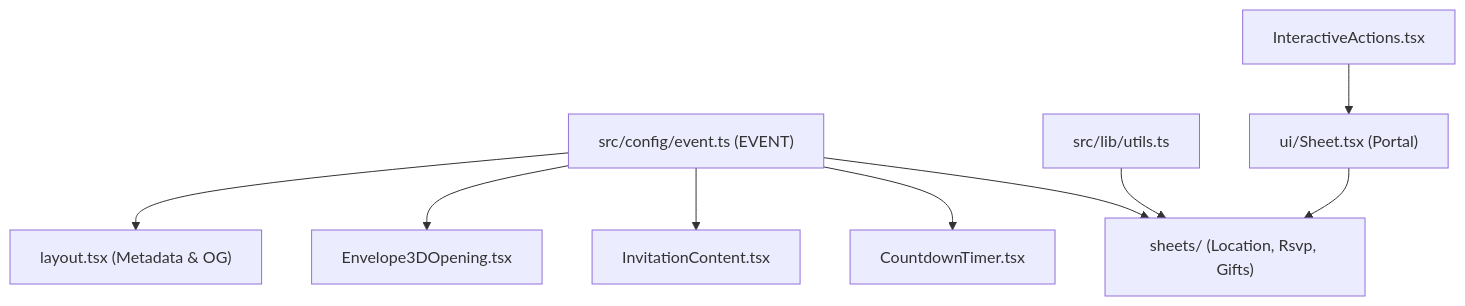
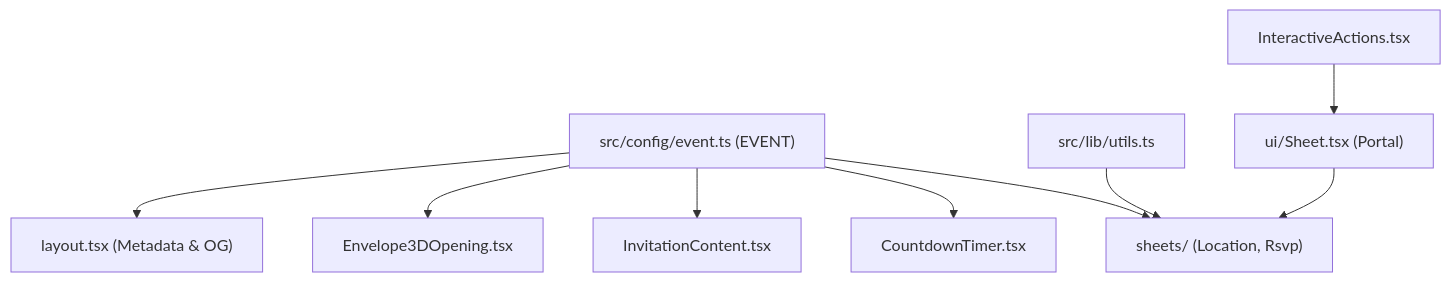
One commit to gomeslxy/carol-convite changed the diagram in Docs/01-arquitetura-e-estrutura.md. Above: the diagram before and after it, drawn with Mermaid. The commit also changed other lines of this file and 21 other files, not shown here.

````diff
--- a/Docs/01-arquitetura-e-estrutura.md
+++ b/Docs/01-arquitetura-e-estrutura.md
@@ -97,11 +98,11 @@
 ```mermaid
 flowchart TD
     CFG["src/config/event.ts (EVENT)"] --> LAYOUT["layout.tsx (Metadata & OG)"]
     CFG --> ENV["Envelope3DOpening.tsx"]
     CFG --> CONTENT["InvitationContent.tsx"]
     CFG --> COUNT["CountdownTimer.tsx"]
-    CFG --> SHEETS["sheets/ (Location, Rsvp, Gifts)"]
+    CFG --> SHEETS["sheets/ (Location, Rsvp)"]
     UTILS["src/lib/utils.ts"] --> SHEETS
     ACTIONS["InteractiveActions.tsx"] --> SHEET["ui/Sheet.tsx (Portal)"]
     SHEET --> SHEETS
 ```
````
